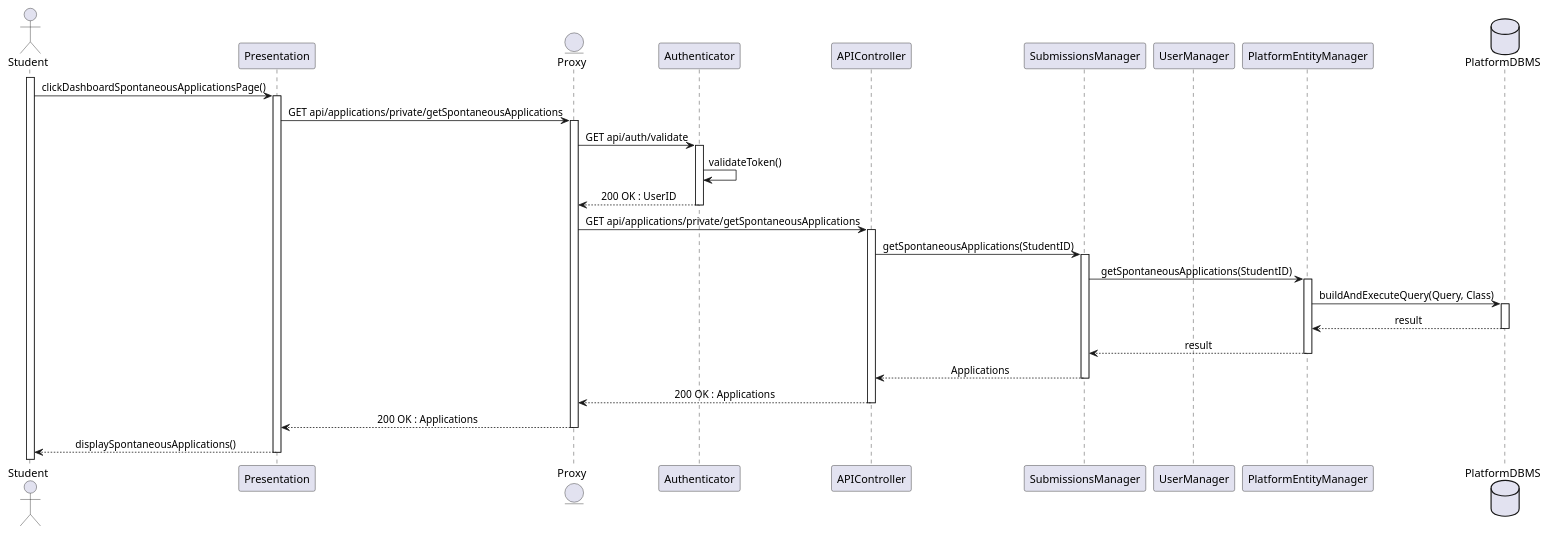
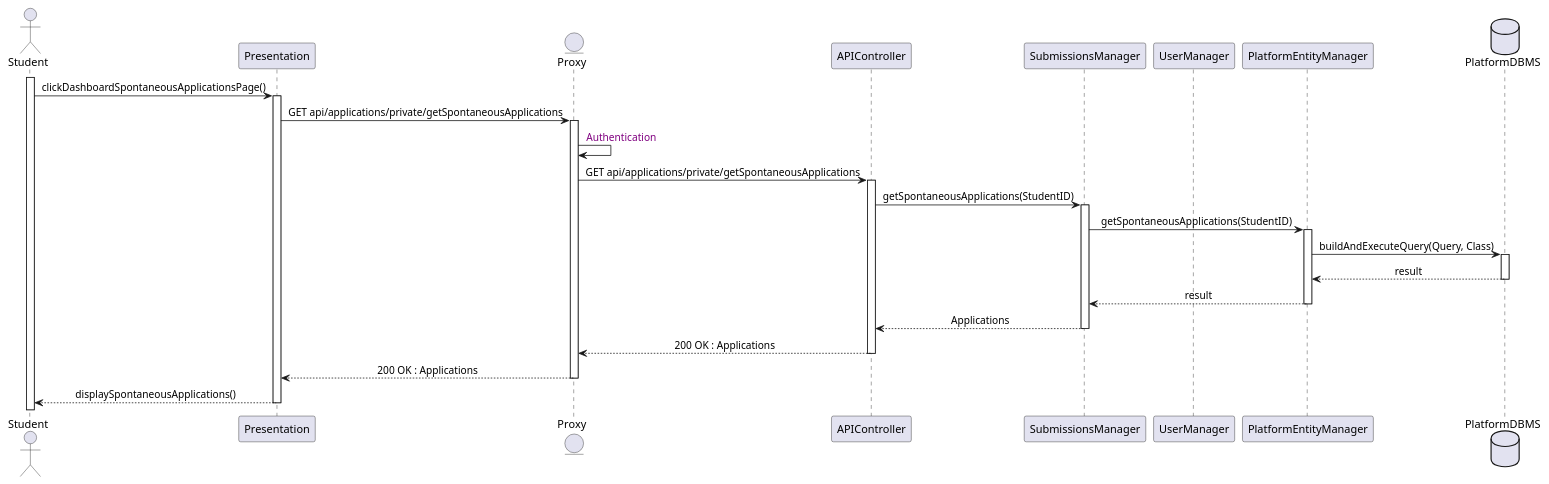
Before and after one commit to Slaitroc/RicciPaoliGrisoni: the diagram in Diagrams/SequenceDiagrams/DD/13StudentSeeSpontaneousApplications.wsd, drawn with PlantUML. The commit also changed 4 other files, not shown here.

Commit message:
add SequenceDiagram 14

```diff
--- a/Diagrams/SequenceDiagrams/DD/13StudentSeeSpontaneousApplications.wsd
+++ b/Diagrams/SequenceDiagrams/DD/13StudentSeeSpontaneousApplications.wsd
@@ -1,43 +1,38 @@
 @startuml 13StudentSeeSpontaneousApplications
 skinparam sequenceMessageAlign center
 actor       Student
 participant Presentation
 entity      Proxy
-participant Authenticator
 participant APIController
 participant SubmissionsManager
 participant UserManager
 participant PlatformEntityManager
 database    PlatformDBMS
 
 activate Student
 Student -> Presentation : clickDashboardSpontaneousApplicationsPage()
 activate Presentation
 Presentation -> Proxy : GET api/applications/private/getSpontaneousApplications
 activate Proxy
-Proxy -> Authenticator : GET api/auth/validate
-activate Authenticator
-Authenticator -> Authenticator : validateToken()
-Authenticator --> Proxy : 200 OK : UserID
-deactivate Authenticator
+Proxy -> Proxy : <color:purple> Authentication
 Proxy -> APIController : GET api/applications/private/getSpontaneousApplications
 activate APIController
 APIController -> SubmissionsManager : getSpontaneousApplications(StudentID)
 activate SubmissionsManager
 SubmissionsManager -> PlatformEntityManager : getSpontaneousApplications(StudentID)
 activate PlatformEntityManager
 PlatformEntityManager -> PlatformDBMS : buildAndExecuteQuery(Query, Class)
 activate PlatformDBMS
 PlatformDBMS --> PlatformEntityManager : result
 deactivate PlatformDBMS
 PlatformEntityManager --> SubmissionsManager : result
 deactivate PlatformEntityManager
 SubmissionsManager --> APIController : Applications
 deactivate SubmissionsManager
 APIController --> Proxy : 200 OK : Applications
 deactivate APIController
 Proxy --> Presentation : 200 OK : Applications
 deactivate Proxy
 Presentation --> Student : displaySpontaneousApplications()
 deactivate Presentation
 @enduml
```
